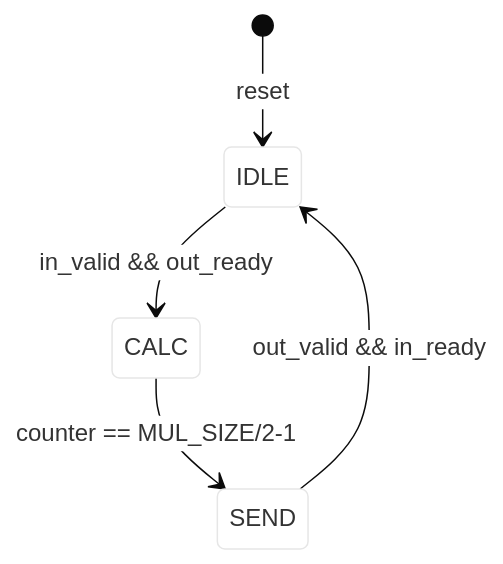
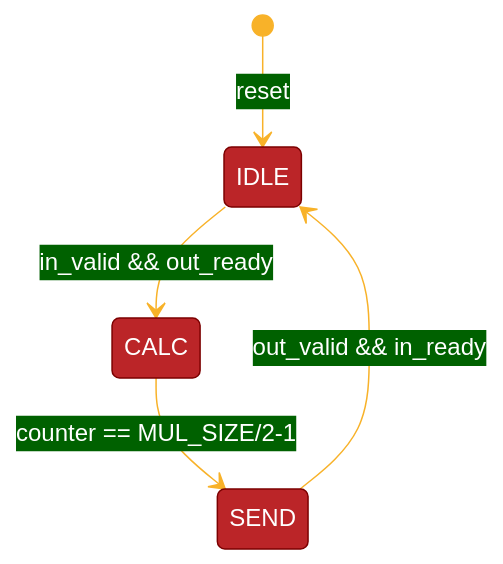
Before and after one commit to EsaLongs/EESM6000C_CL: the diagram in Lab_3/Booth4_multiplier/README.md, drawn with Mermaid.

````diff
--- a/Lab_3/Booth4_multiplier/README.md
+++ b/Lab_3/Booth4_multiplier/README.md
@@ -10,16 +10,22 @@
 ```mermaid
----
-title: 
-config:
-  theme: base
-  themeVariables:
-    primaryColor: "#ffffff"
-    mermaid-container: "#ffffff"
----
+
+%%{
+  init: {
+    'theme': 'base',
+    'themeVariables': {
+      'primaryColor': '#BB2528',
+      'primaryTextColor': '#fff',
+      'primaryBorderColor': '#7C0000',
+      'lineColor': '#F8B229',
+      'secondaryColor': '#006100',
+      'tertiaryColor': '#fff'
+    }
+  }
+}%%
 
 stateDiagram-v2
     [*] --> IDLE : reset
     IDLE --> CALC : in_valid && out_ready
     CALC --> SEND : counter == MUL_SIZE/2-1
     SEND --> IDLE : out_valid && in_ready
 ```
````
